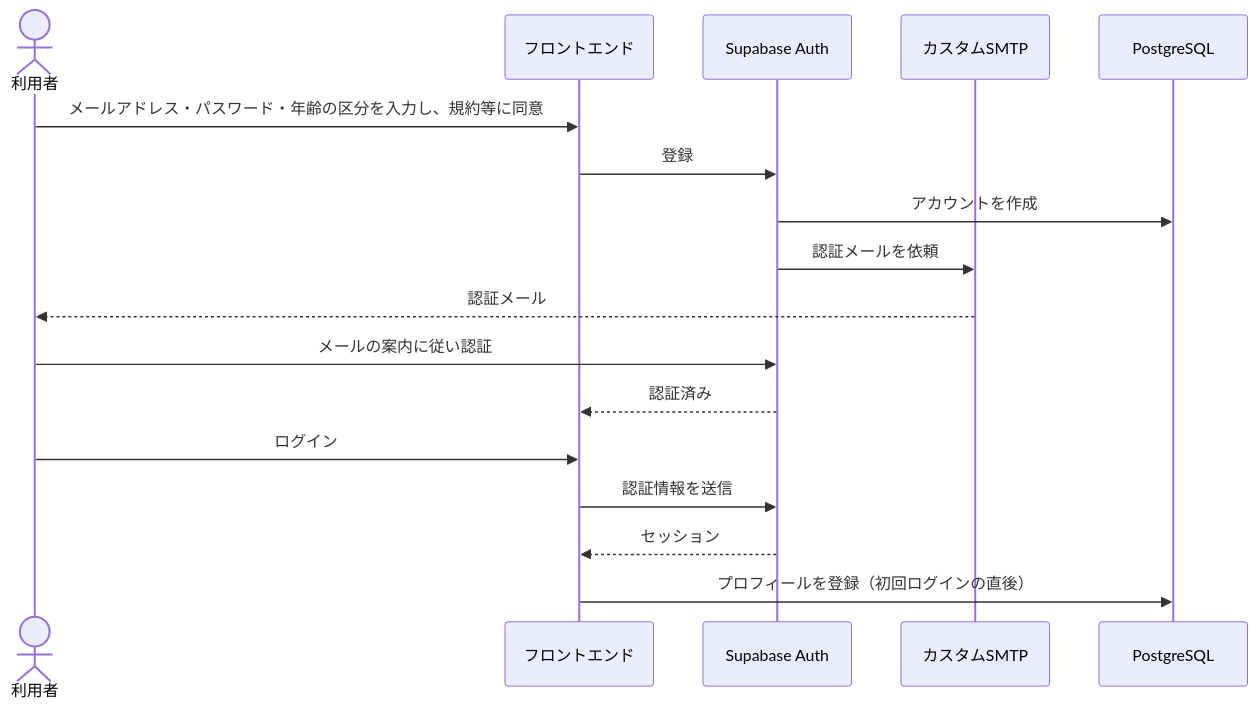
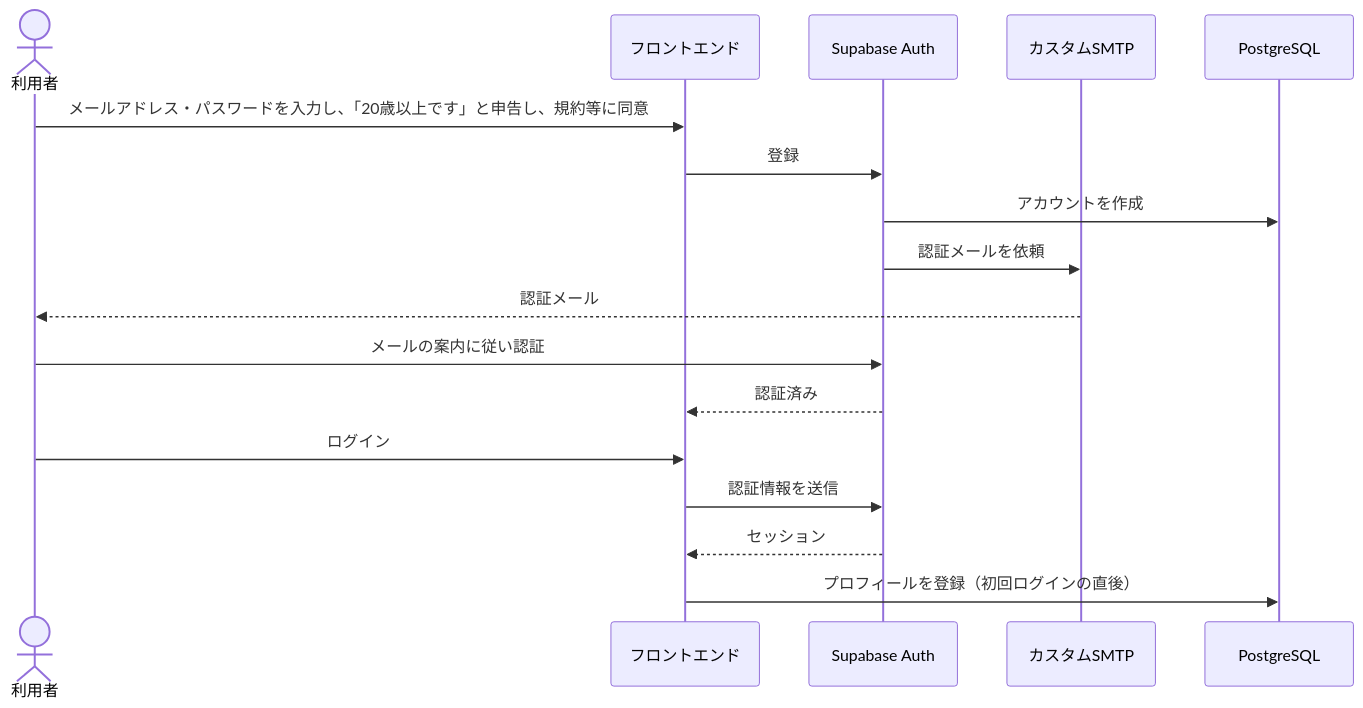
Before and after one commit to sysnovastudio-byte/nagoya-volleyball-matching: the second of 8 diagrams in docs/07_システムアーキテクチャ.md, drawn with Mermaid. The commit also changed other lines of this file and 10 other files, not shown here.

````diff
--- a/docs/07_システムアーキテクチャ.md
+++ b/docs/07_システムアーキテクチャ.md
@@ -55,19 +55,19 @@
 ```mermaid
 sequenceDiagram
     actor U as 利用者
     participant F as フロントエンド
     participant A as Supabase Auth
     participant M as カスタムSMTP
     participant D as PostgreSQL
-    U->>F: メールアドレス・パスワード・年齢の区分を入力し、規約等に同意
+    U->>F: メールアドレス・パスワードを入力し、「20歳以上です」と申告し、規約等に同意
     F->>A: 登録
     A->>D: アカウントを作成
     A->>M: 認証メールを依頼
     M-->>U: 認証メール
     U->>A: メールの案内に従い認証
     A-->>F: 認証済み
     U->>F: ログイン
     F->>A: 認証情報を送信
     A-->>F: セッション
     F->>D: プロフィールを登録（初回ログインの直後）
 ```
````
